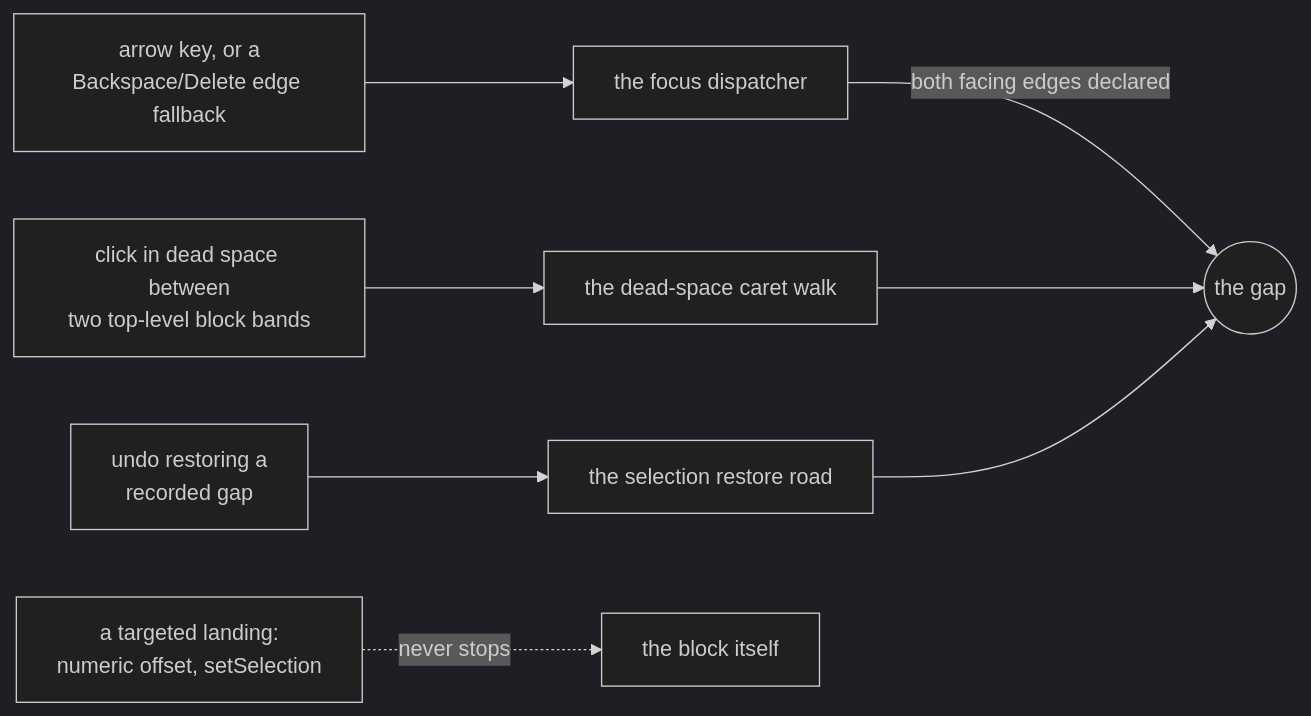
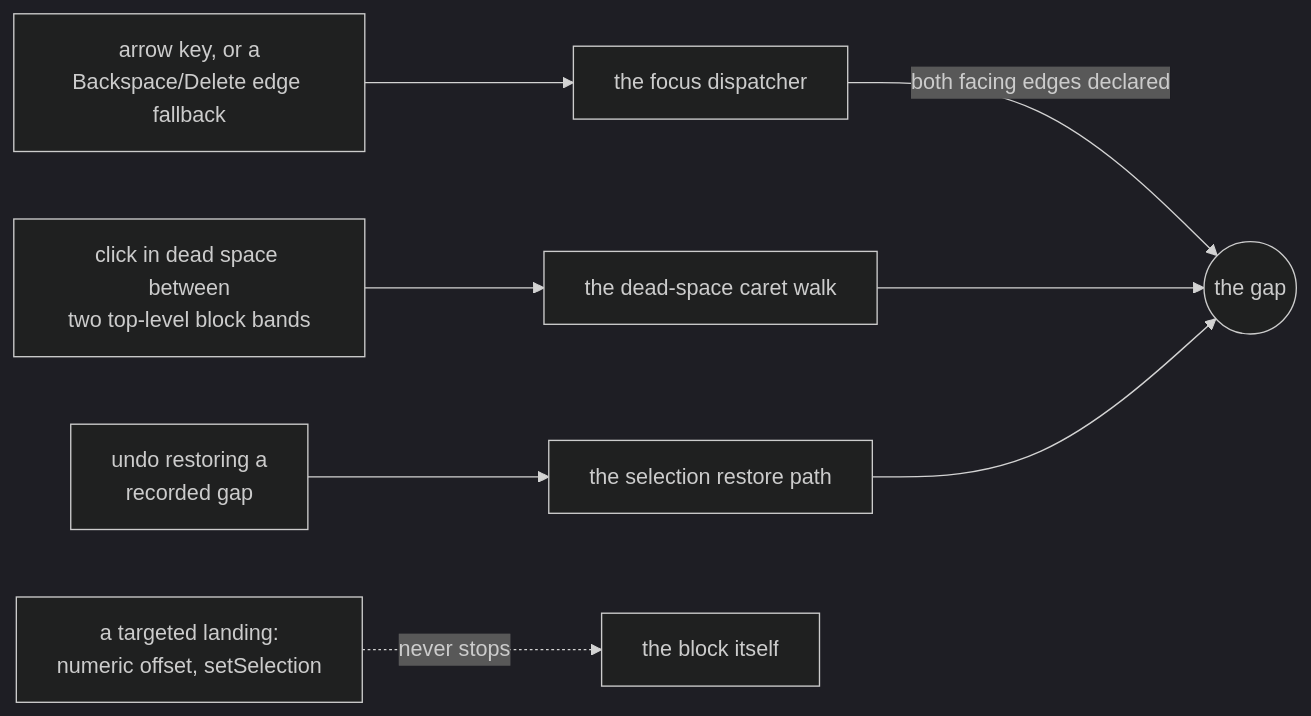
Before and after one commit to voithos-labs/aragonite: the first of 2 diagrams in docs/contributing/anatomy-of-a-change.md, drawn with Mermaid (dark theme). The commit also changed other lines of this file, not shown here.

````diff
--- a/docs/contributing/anatomy-of-a-change.md
+++ b/docs/contributing/anatomy-of-a-change.md
@@ -102,10 +89,10 @@
 ```mermaid
 flowchart LR
     A["arrow key, or a<br/>Backspace/Delete edge fallback"] --> D["the focus dispatcher"]
     B["click in dead space between<br/>two top-level block bands"] --> E["the dead-space caret walk"]
-    C["undo restoring a<br/>recorded gap"] --> F["the selection restore road"]
+    C["undo restoring a<br/>recorded gap"] --> F["the selection restore path"]
     D -->|both facing edges declared| G(("the gap"))
     E --> G
     F --> G
     H["a targeted landing:<br/>numeric offset, setSelection"] -.->|never stops| I["the block itself"]
 ```
````
